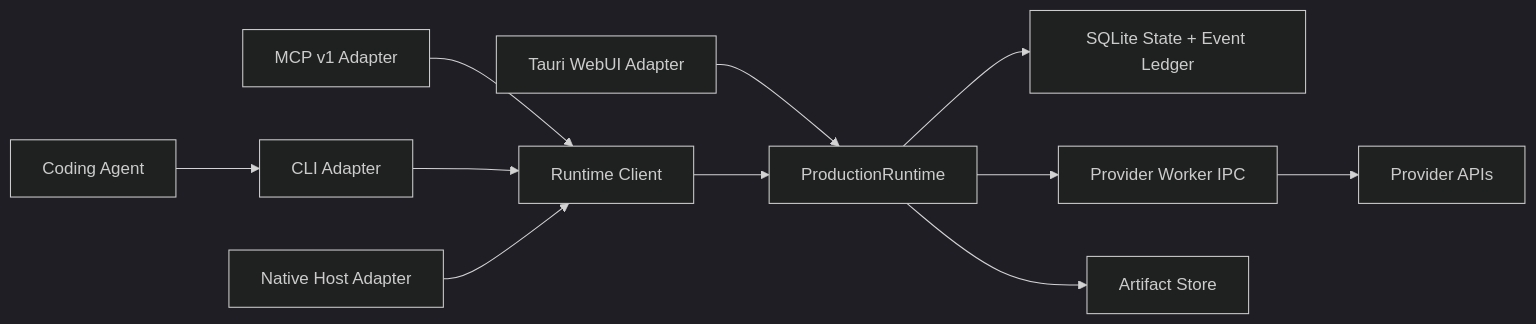
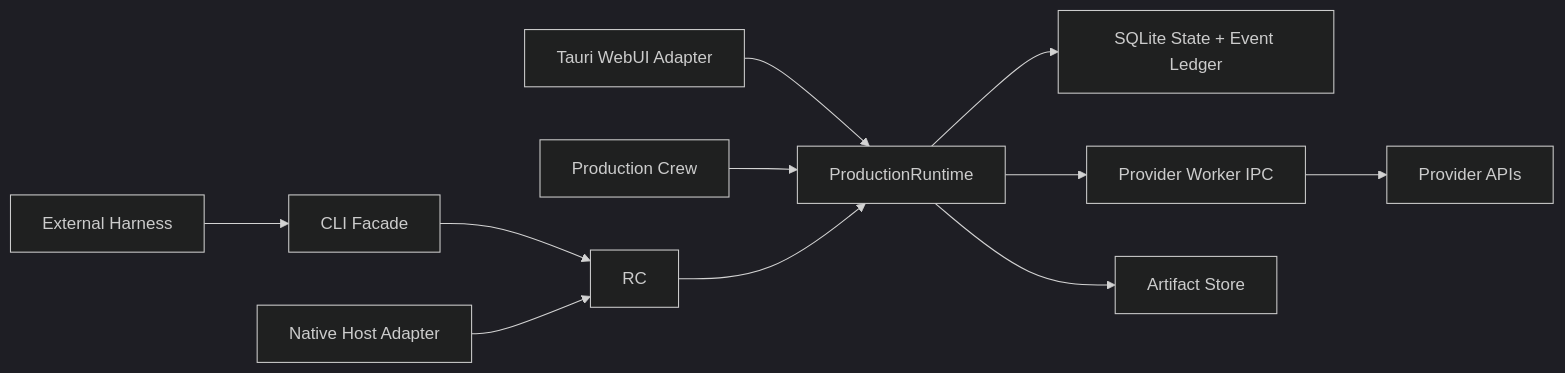
One commit to Paker-kk/Flovart changed the diagram in docs/dev/production-runtime-v1-plan.md. Above: the diagram before and after it, drawn with Mermaid (dark theme). The commit also changed other lines of this file and 67 other files, not shown here.

````diff
--- a/docs/dev/production-runtime-v1-plan.md
+++ b/docs/dev/production-runtime-v1-plan.md
@@ -69,13 +70,13 @@
 ```mermaid
 flowchart LR
-    Agent["Coding Agent"] --> CLI["CLI Adapter"]
-    MCP["MCP v1 Adapter"] --> RC["Runtime Client"]
+    Agent["External Harness"] --> CLI["CLI Facade"]
     CLI --> RC
     UI["Tauri WebUI Adapter"] --> PR["ProductionRuntime"]
+    CREW["Production Crew"] --> PR
     EXT["Native Host Adapter"] --> RC
     RC --> PR
     PR --> DB["SQLite State + Event Ledger"]
     PR --> PW["Provider Worker IPC"]
     PR --> AS["Artifact Store"]
     PW --> P["Provider APIs"]
 ```
````
